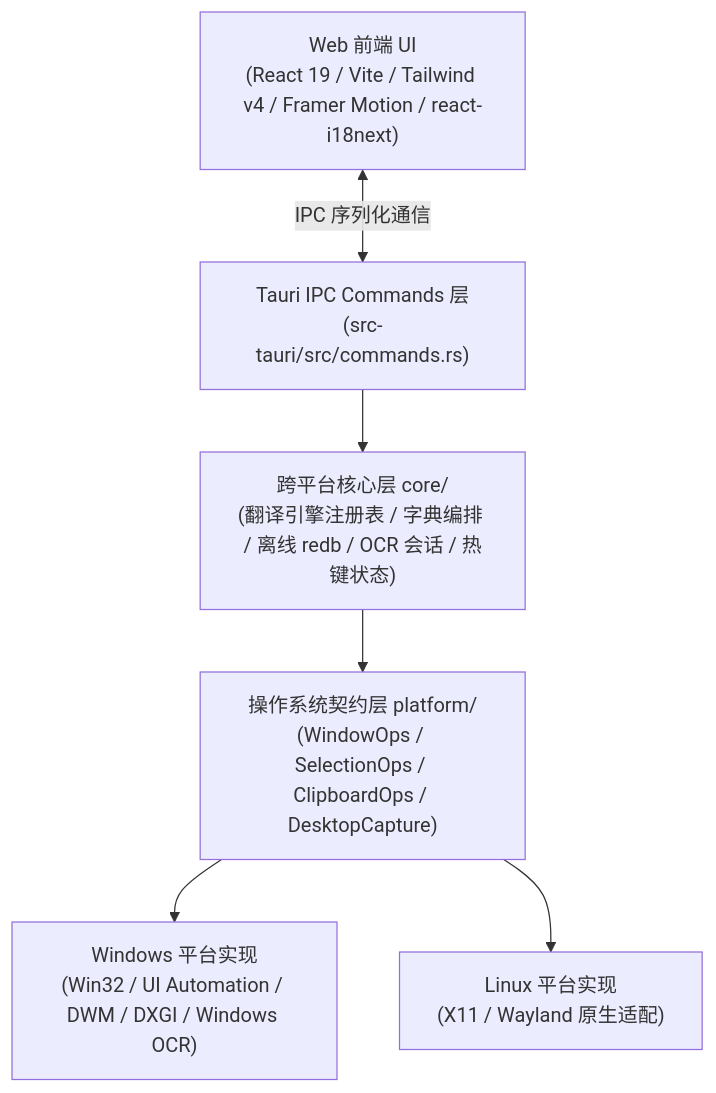
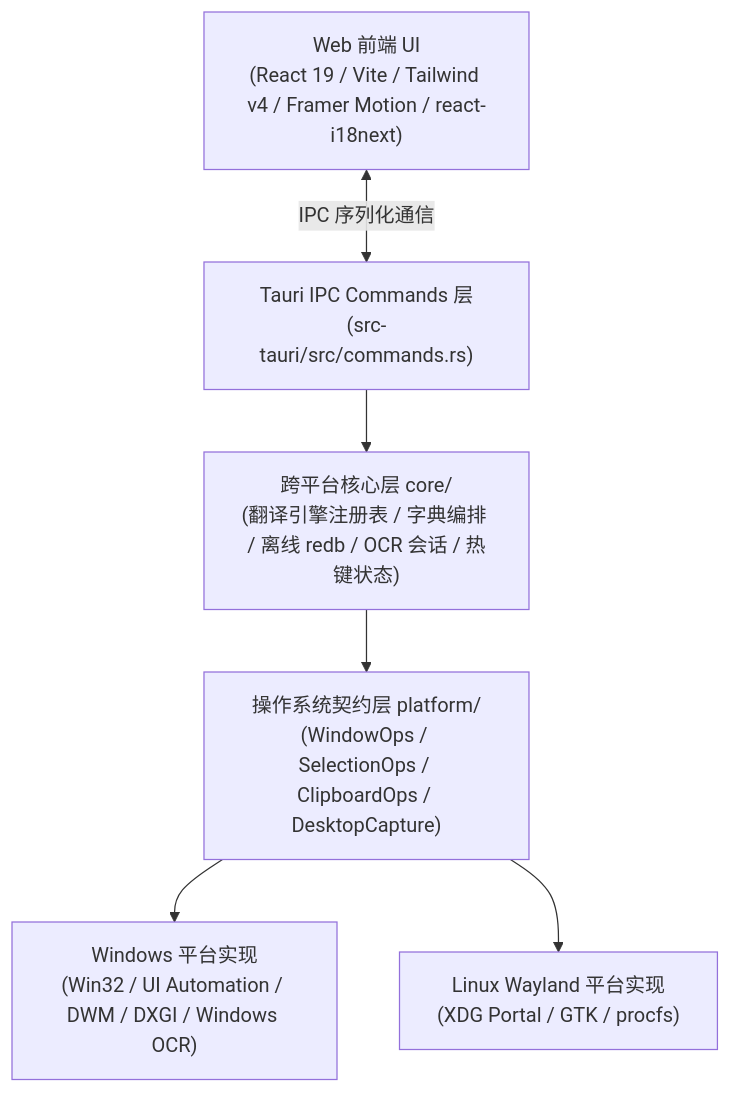
The diagram in README_zh.md (LunarFlow42/TransPortal), drawn with Mermaid before and after one commit. The commit also changed other lines of this file and 111 other files, not shown here.

First line of the commit message:
feat: add Linux Wayland/KDE integration, borderless game capture freshness, deps & PP-OCRv6 small

````diff
--- a/README_zh.md
+++ b/README_zh.md
@@ -66,15 +66,15 @@
 ```mermaid
 flowchart TD
     UI["Web 前端 UI<br/>(React 19 / Vite / Tailwind v4 / Framer Motion / react-i18next)"]
     IPC["Tauri IPC Commands 层<br/>(src-tauri/src/commands.rs)"]
     CORE["跨平台核心层 core/<br/>(翻译引擎注册表 / 字典编排 / 离线 redb / OCR 会话 / 热键状态)"]
     PLATFORM["操作系统契约层 platform/<br/>(WindowOps / SelectionOps / ClipboardOps / DesktopCapture)"]
     WIN["Windows 平台实现<br/>(Win32 / UI Automation / DWM / DXGI / Windows OCR)"]
-    LIN["Linux 平台实现<br/>(X11 / Wayland 原生适配)"]
+    LIN["Linux Wayland 平台实现<br/>(XDG Portal / GTK / procfs)"]
 
     UI <-->|"IPC 序列化通信"| IPC
     IPC --> CORE
     CORE --> PLATFORM
     PLATFORM --> WIN
     PLATFORM --> LIN
 ```
````
